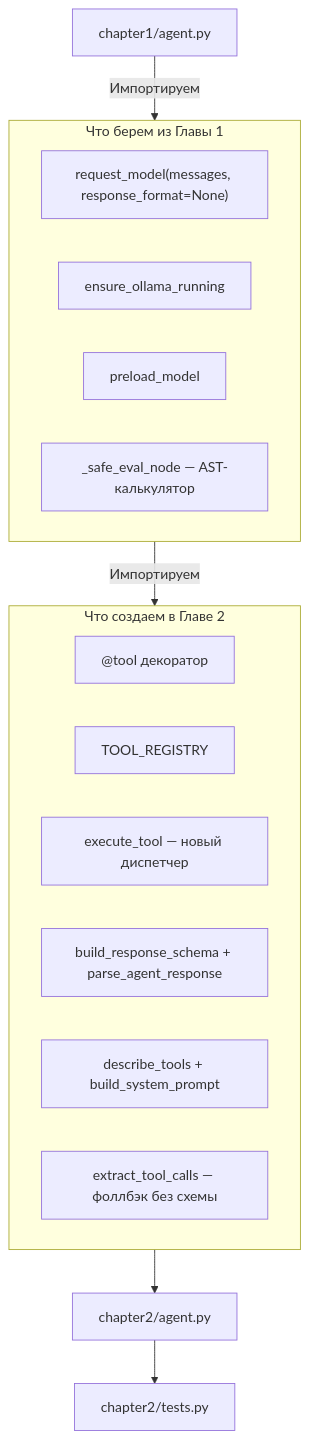
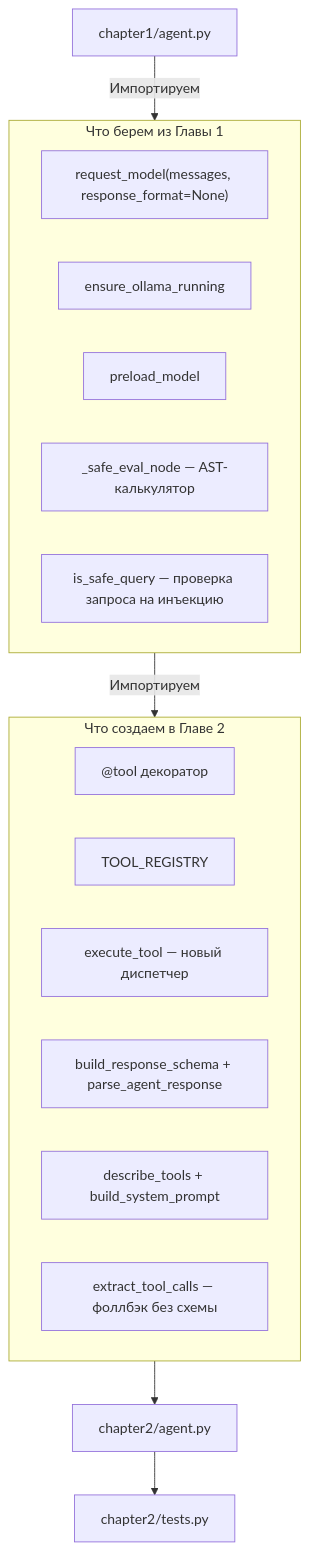
The second of 2 diagrams in chapter2/README.md (io982/firstAgent), drawn with Mermaid before and after one commit. The commit also changed other lines of this file and 9 other files, not shown here.

````diff
--- a/chapter2/README.md
+++ b/chapter2/README.md
@@ -210,25 +236,26 @@
 ```mermaid
 graph TD
     A["chapter1/agent.py"] -->|Импортируем| GL1
     
     subgraph GL1["Что берем из Главы 1"]
         A1["request_model(messages, response_format=None)"]
         A2["ensure_ollama_running"]
         A3["preload_model"]
         A4["_safe_eval_node — AST-калькулятор"]
+        A5["is_safe_query — проверка запроса на инъекцию"]
     end
     
     GL1 -->|Импортируем| GL2
     
     subgraph GL2["Что создаем в Главе 2"]
         B1["@tool декоратор"]
         B2["TOOL_REGISTRY"]
         B3["execute_tool — новый диспетчер"]
         B4["build_response_schema + parse_agent_response"]
         B5["describe_tools + build_system_prompt"]
         B6["extract_tool_calls — фоллбэк без схемы"]
     end
     
     GL2 --> B["chapter2/agent.py"]
     B --> C["chapter2/tests.py"]
 ```
````
